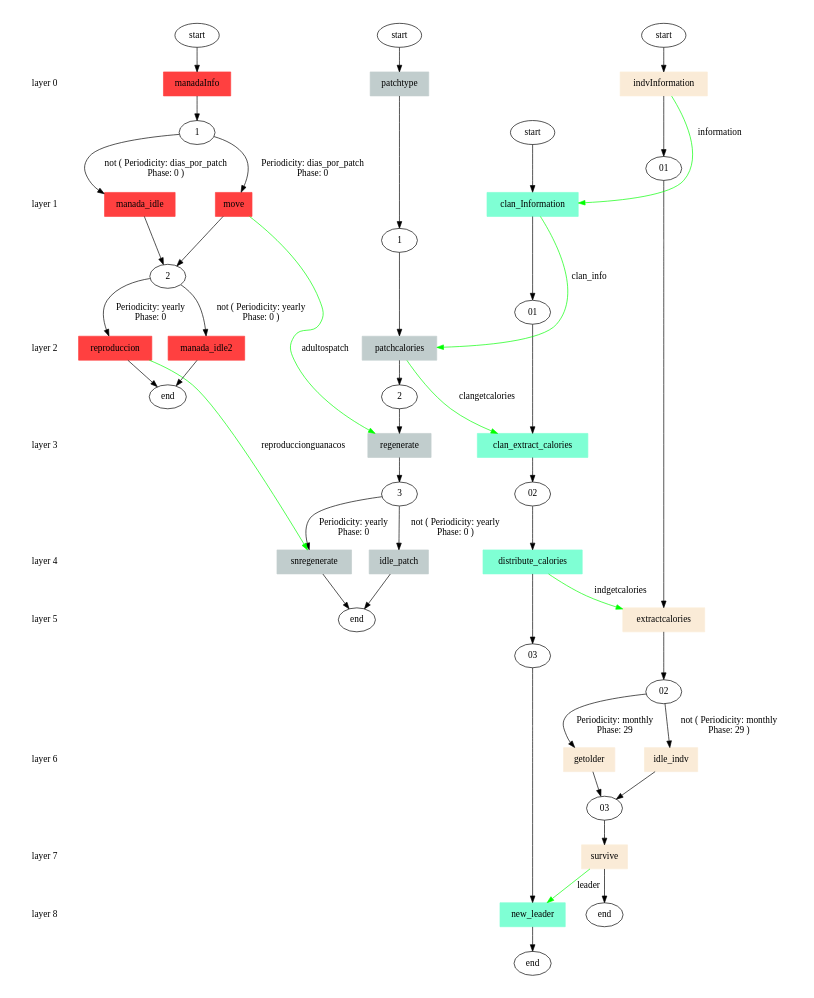
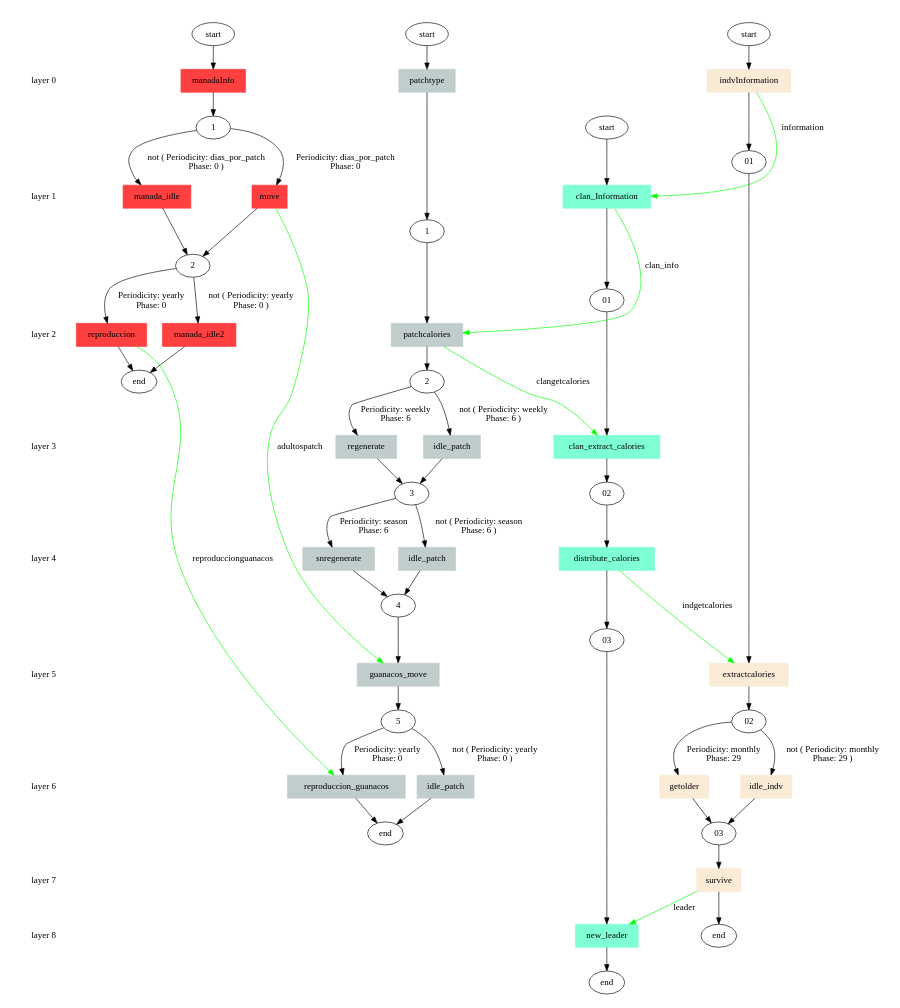
The diagram in stategraph_colour.dot (andresroro/patagonia), drawn with Graphviz before and after one commit. The commit also changed 32 other files, not shown here.

```diff
--- a/stategraph_colour.dot
+++ b/stategraph_colour.dot
@@ -1,119 +1,133 @@
 digraph state_graph {
 	rankdir=TB;
 	size="8,5;"
 	layer_0 [shape=plaintext, label="layer 0"];
 	layer_1 [shape=plaintext, label="layer 1"];
 	layer_0 -> layer_1 [style=invis];
 	layer_2 [shape=plaintext, label="layer 2"];
 	layer_1 -> layer_2 [style=invis];
 	layer_3 [shape=plaintext, label="layer 3"];
 	layer_2 -> layer_3 [style=invis];
 	layer_4 [shape=plaintext, label="layer 4"];
 	layer_3 -> layer_4 [style=invis];
 	layer_5 [shape=plaintext, label="layer 5"];
 	layer_4 -> layer_5 [style=invis];
 	layer_6 [shape=plaintext, label="layer 6"];
 	layer_5 -> layer_6 [style=invis];
 	layer_7 [shape=plaintext, label="layer 7"];
 	layer_6 -> layer_7 [style=invis];
 	layer_8 [shape=plaintext, label="layer 8"];
 	layer_7 -> layer_8 [style=invis];
 	
 	/* States */
 	indv_end [label = "end"]
 	indv_03 [label = "03"]
 	indv_02 [label = "02"]
 	indv_01 [label = "01"]
 	indv_start [label = "start"]
 	clan_end [label = "end"]
 	clan_03 [label = "03"]
 	clan_02 [label = "02"]
 	clan_01 [label = "01"]
 	clan_start [label = "start"]
 	patch_end [label = "end"]
+	patch_5 [label = "5"]
+	patch_4 [label = "4"]
 	patch_3 [label = "3"]
 	patch_2 [label = "2"]
 	patch_1 [label = "1"]
 	patch_start [label = "start"]
 	manada_guanacos_end [label = "end"]
 	manada_guanacos_2 [label = "2"]
 	manada_guanacos_1 [label = "1"]
 	manada_guanacos_start [label = "start"]
 	indv_indvInformation_start_01 [label = "indvInformation", shape = box,style=filled,color=antiquewhite];
 	indv_extractcalories_01_02 [label = "extractcalories", shape = box,style=filled,color=antiquewhite];
 	indv_getolder_02_03 [label = "getolder", shape = box,style=filled,color=antiquewhite];
 	indv_idle_indv_02_03 [label = "idle_indv", shape = box,style=filled,color=antiquewhite];
 	indv_survive_03_end [label = "survive", shape = box,style=filled,color=antiquewhite];
 	clan_clan_Information_start_01 [label = "clan_Information", shape = box,style=filled,color=aquamarine];
 	clan_clan_extract_calories_01_02 [label = "clan_extract_calories", shape = box,style=filled,color=aquamarine];
 	clan_distribute_calories_02_03 [label = "distribute_calories", shape = box,style=filled,color=aquamarine];
 	clan_new_leader_03_end [label = "new_leader", shape = box,style=filled,color=aquamarine];
 	patch_patchtype_start_1 [label = "patchtype", shape = box,style=filled,color=azure3];
 	patch_patchcalories_1_2 [label = "patchcalories", shape = box,style=filled,color=azure3];
 	patch_regenerate_2_3 [label = "regenerate", shape = box,style=filled,color=azure3];
-	patch_snregenerate_3_end [label = "snregenerate", shape = box,style=filled,color=azure3];
-	patch_idle_patch_3_end [label = "idle_patch", shape = box,style=filled,color=azure3];
+	patch_idle_patch_2_3 [label = "idle_patch", shape = box,style=filled,color=azure3];
+	patch_snregenerate_3_4 [label = "snregenerate", shape = box,style=filled,color=azure3];
+	patch_idle_patch_3_4 [label = "idle_patch", shape = box,style=filled,color=azure3];
+	patch_guanacos_move_4_5 [label = "guanacos_move", shape = box,style=filled,color=azure3];
+	patch_reproduccion_guanacos_5_end [label = "reproduccion_guanacos", shape = box,style=filled,color=azure3];
+	patch_idle_patch_5_end [label = "idle_patch", shape = box,style=filled,color=azure3];
 	manada_guanacos_manadaInfo_start_1 [label = "manadaInfo", shape = box,style=filled,color=brown1];
 	manada_guanacos_manada_idle_1_2 [label = "manada_idle", shape = box,style=filled,color=brown1];
 	manada_guanacos_move_1_2 [label = "move", shape = box,style=filled,color=brown1];
 	manada_guanacos_reproduccion_2_end [label = "reproduccion", shape = box,style=filled,color=brown1];
 	manada_guanacos_manada_idle2_2_end [label = "manada_idle2", shape = box,style=filled,color=brown1];
 	
 	/* Transitions */
 	indv_start -> indv_indvInformation_start_01;
 	indv_indvInformation_start_01 -> indv_01;
 	indv_01 -> indv_extractcalories_01_02;
 	indv_extractcalories_01_02 -> indv_02;
 	indv_02 -> indv_getolder_02_03 [ label = "Periodicity: monthly\nPhase: 29"];
 	indv_getolder_02_03 -> indv_03;
 	indv_02 -> indv_idle_indv_02_03 [ label = "not ( Periodicity: monthly\nPhase: 29 )"];
 	indv_idle_indv_02_03 -> indv_03;
 	indv_03 -> indv_survive_03_end;
 	indv_survive_03_end -> indv_end;
 	clan_start -> clan_clan_Information_start_01;
 	clan_clan_Information_start_01 -> clan_01;
 	clan_01 -> clan_clan_extract_calories_01_02;
 	clan_clan_extract_calories_01_02 -> clan_02;
 	clan_02 -> clan_distribute_calories_02_03;
 	clan_distribute_calories_02_03 -> clan_03;
 	clan_03 -> clan_new_leader_03_end;
 	clan_new_leader_03_end -> clan_end;
 	patch_start -> patch_patchtype_start_1;
 	patch_patchtype_start_1 -> patch_1;
 	patch_1 -> patch_patchcalories_1_2;
 	patch_patchcalories_1_2 -> patch_2;
-	patch_2 -> patch_regenerate_2_3;
+	patch_2 -> patch_regenerate_2_3 [ label = "Periodicity: weekly\nPhase: 6"];
 	patch_regenerate_2_3 -> patch_3;
-	patch_3 -> patch_snregenerate_3_end [ label = "Periodicity: yearly\nPhase: 0"];
-	patch_snregenerate_3_end -> patch_end;
-	patch_3 -> patch_idle_patch_3_end [ label = "not ( Periodicity: yearly\nPhase: 0 )"];
-	patch_idle_patch_3_end -> patch_end;
+	patch_2 -> patch_idle_patch_2_3 [ label = "not ( Periodicity: weekly\nPhase: 6 )"];
+	patch_idle_patch_2_3 -> patch_3;
+	patch_3 -> patch_snregenerate_3_4 [ label = "Periodicity: season\nPhase: 6"];
+	patch_snregenerate_3_4 -> patch_4;
+	patch_3 -> patch_idle_patch_3_4 [ label = "not ( Periodicity: season\nPhase: 6 )"];
+	patch_idle_patch_3_4 -> patch_4;
+	patch_4 -> patch_guanacos_move_4_5;
+	patch_guanacos_move_4_5 -> patch_5;
+	patch_5 -> patch_reproduccion_guanacos_5_end [ label = "Periodicity: yearly\nPhase: 0"];
+	patch_reproduccion_guanacos_5_end -> patch_end;
+	patch_5 -> patch_idle_patch_5_end [ label = "not ( Periodicity: yearly\nPhase: 0 )"];
+	patch_idle_patch_5_end -> patch_end;
 	manada_guanacos_start -> manada_guanacos_manadaInfo_start_1;
 	manada_guanacos_manadaInfo_start_1 -> manada_guanacos_1;
 	manada_guanacos_1 -> manada_guanacos_manada_idle_1_2 [ label = "not ( Periodicity: dias_por_patch\nPhase: 0 )"];
 	manada_guanacos_manada_idle_1_2 -> manada_guanacos_2;
 	manada_guanacos_1 -> manada_guanacos_move_1_2 [ label = "Periodicity: dias_por_patch\nPhase: 0"];
 	manada_guanacos_move_1_2 -> manada_guanacos_2;
 	manada_guanacos_2 -> manada_guanacos_reproduccion_2_end [ label = "Periodicity: yearly\nPhase: 0"];
 	manada_guanacos_reproduccion_2_end -> manada_guanacos_end;
 	manada_guanacos_2 -> manada_guanacos_manada_idle2_2_end [ label = "not ( Periodicity: yearly\nPhase: 0 )"];
 	manada_guanacos_manada_idle2_2_end -> manada_guanacos_end;
 	
 	/* Communications */
-	manada_guanacos_reproduccion_2_end -> patch_snregenerate_3_end [ label = "reproduccionguanacos" color="#00ff00" constraint=false];
-	manada_guanacos_move_1_2 -> patch_regenerate_2_3 [ label = "adultospatch" color="#00ff00" constraint=false];
+	manada_guanacos_reproduccion_2_end -> patch_reproduccion_guanacos_5_end [ label = "reproduccionguanacos" color="#00ff00" constraint=false];
+	manada_guanacos_move_1_2 -> patch_guanacos_move_4_5 [ label = "adultospatch" color="#00ff00" constraint=false];
 	clan_clan_Information_start_01 -> patch_patchcalories_1_2 [ label = "clan_info" color="#00ff00" constraint=false];
 	indv_survive_03_end -> clan_new_leader_03_end [ label = "leader" color="#00ff00" constraint=false];
 	patch_patchcalories_1_2 -> clan_clan_extract_calories_01_02 [ label = "clangetcalories" color="#00ff00" constraint=false];
 	indv_indvInformation_start_01 -> clan_clan_Information_start_01 [ label = "information" color="#00ff00" constraint=false];
 	clan_distribute_calories_02_03 -> indv_extractcalories_01_02 [ label = "indgetcalories" color="#00ff00" constraint=false];
 	{ rank=same; layer_0;  indv_indvInformation_start_01;  patch_patchtype_start_1;  manada_guanacos_manadaInfo_start_1; }
 	{ rank=same; layer_1;  clan_clan_Information_start_01;  manada_guanacos_manada_idle_1_2;  manada_guanacos_move_1_2; }
 	{ rank=same; layer_2;  patch_patchcalories_1_2;  manada_guanacos_reproduccion_2_end;  manada_guanacos_manada_idle2_2_end; }
-	{ rank=same; layer_3;  clan_clan_extract_calories_01_02;  patch_regenerate_2_3; }
-	{ rank=same; layer_4;  clan_distribute_calories_02_03;  patch_snregenerate_3_end;  patch_idle_patch_3_end; }
-	{ rank=same; layer_5;  indv_extractcalories_01_02; }
-	{ rank=same; layer_6;  indv_getolder_02_03;  indv_idle_indv_02_03; }
+	{ rank=same; layer_3;  clan_clan_extract_calories_01_02;  patch_regenerate_2_3;  patch_idle_patch_2_3; }
+	{ rank=same; layer_4;  clan_distribute_calories_02_03;  patch_snregenerate_3_4;  patch_idle_patch_3_4; }
+	{ rank=same; layer_5;  indv_extractcalories_01_02;  patch_guanacos_move_4_5; }
+	{ rank=same; layer_6;  indv_getolder_02_03;  indv_idle_indv_02_03;  patch_reproduccion_guanacos_5_end;  patch_idle_patch_5_end; }
 	{ rank=same; layer_7;  indv_survive_03_end; }
 	{ rank=same; layer_8;  clan_new_leader_03_end; }
 }
```
